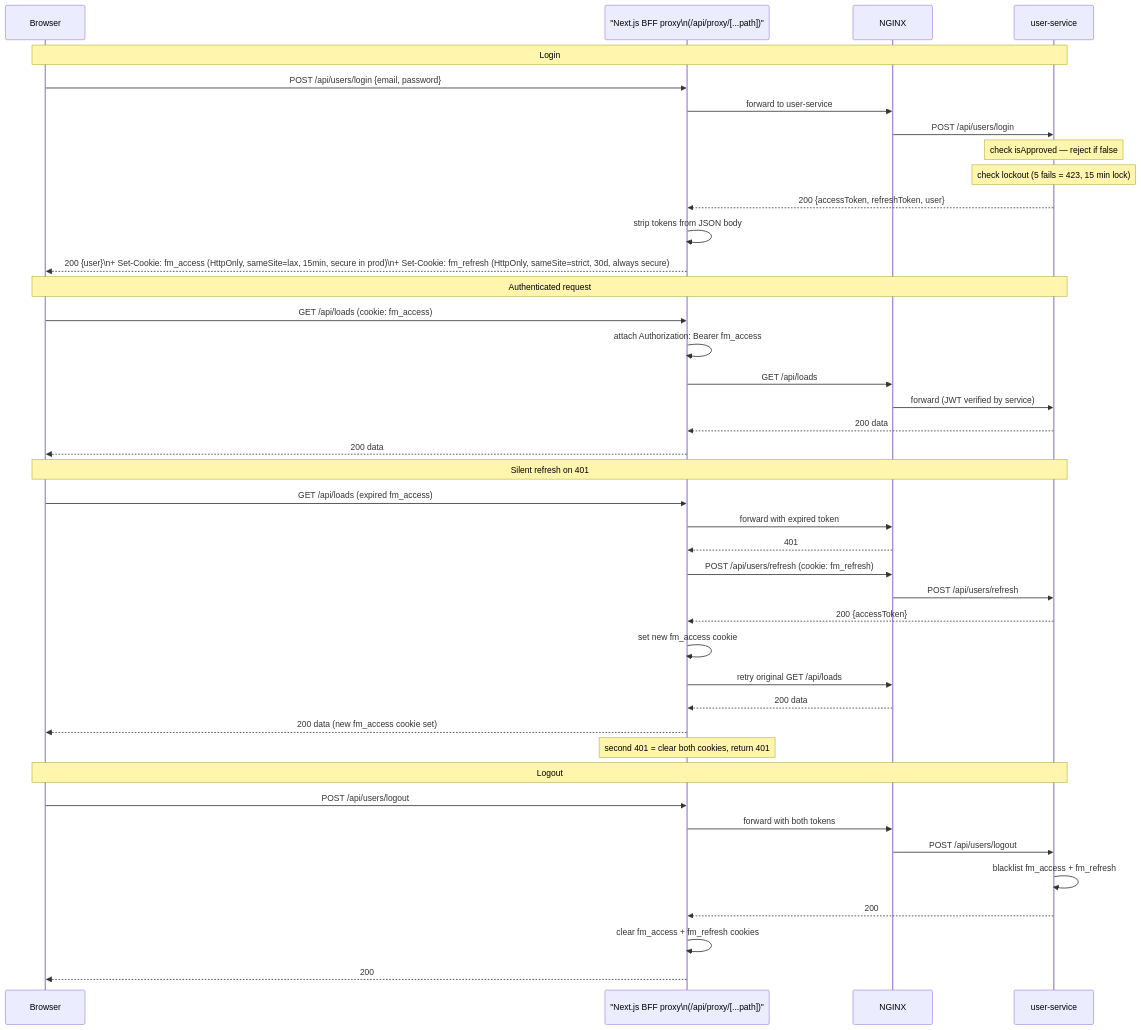
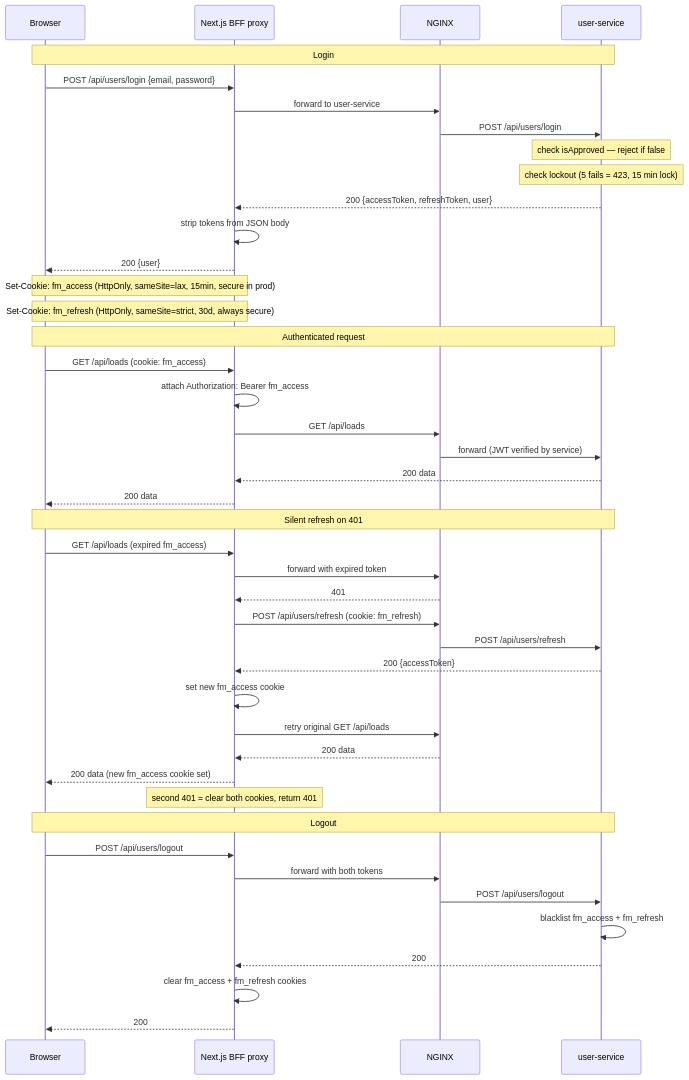
One commit to yigitbozyaka/freightmatch changed the third of 6 diagrams in docs/ARCHITECTURE.md. Above: the diagram before and after it, drawn with Mermaid. The commit also changed other lines of this file, not shown here.

First line of the commit message:
docs(architecture): fix load-create flow and switch \n to <br/> for Mermaid rendering

````diff
--- a/docs/ARCHITECTURE.md
+++ b/docs/ARCHITECTURE.md
@@ -118,48 +123,50 @@
 ```mermaid
 sequenceDiagram
     participant Browser as Browser
-    participant BFF as "Next.js BFF proxy\n(/api/proxy/[...path])"
+    participant BFF as Next.js BFF proxy
     participant NGINX as NGINX
     participant US as user-service
 
     Note over Browser,US: Login
     Browser->>BFF: POST /api/users/login {email, password}
     BFF->>NGINX: forward to user-service
     NGINX->>US: POST /api/users/login
     Note over US: check isApproved — reject if false
     Note over US: check lockout (5 fails = 423, 15 min lock)
     US-->>BFF: 200 {accessToken, refreshToken, user}
     BFF->>BFF: strip tokens from JSON body
-    BFF-->>Browser: 200 {user}\n+ Set-Cookie: fm_access (HttpOnly, sameSite=lax, 15min, secure in prod)\n+ Set-Cookie: fm_refresh (HttpOnly, sameSite=strict, 30d, always secure)
+    BFF-->>Browser: 200 {user}
+    Note over BFF,Browser: Set-Cookie: fm_access (HttpOnly, sameSite=lax, 15min, secure in prod)
+    Note over BFF,Browser: Set-Cookie: fm_refresh (HttpOnly, sameSite=strict, 30d, always secure)
 
     Note over Browser,US: Authenticated request
     Browser->>BFF: GET /api/loads (cookie: fm_access)
     BFF->>BFF: attach Authorization: Bearer fm_access
     BFF->>NGINX: GET /api/loads
     NGINX->>US: forward (JWT verified by service)
     US-->>BFF: 200 data
     BFF-->>Browser: 200 data
 
     Note over Browser,US: Silent refresh on 401
     Browser->>BFF: GET /api/loads (expired fm_access)
     BFF->>NGINX: forward with expired token
     NGINX-->>BFF: 401
     BFF->>NGINX: POST /api/users/refresh (cookie: fm_refresh)
     NGINX->>US: POST /api/users/refresh
     US-->>BFF: 200 {accessToken}
     BFF->>BFF: set new fm_access cookie
     BFF->>NGINX: retry original GET /api/loads
     NGINX-->>BFF: 200 data
     BFF-->>Browser: 200 data (new fm_access cookie set)
 
     Note over BFF: second 401 = clear both cookies, return 401
 
     Note over Browser,US: Logout
     Browser->>BFF: POST /api/users/logout
     BFF->>NGINX: forward with both tokens
     NGINX->>US: POST /api/users/logout
     US->>US: blacklist fm_access + fm_refresh
     US-->>BFF: 200
     BFF->>BFF: clear fm_access + fm_refresh cookies
     BFF-->>Browser: 200
 ```
````
